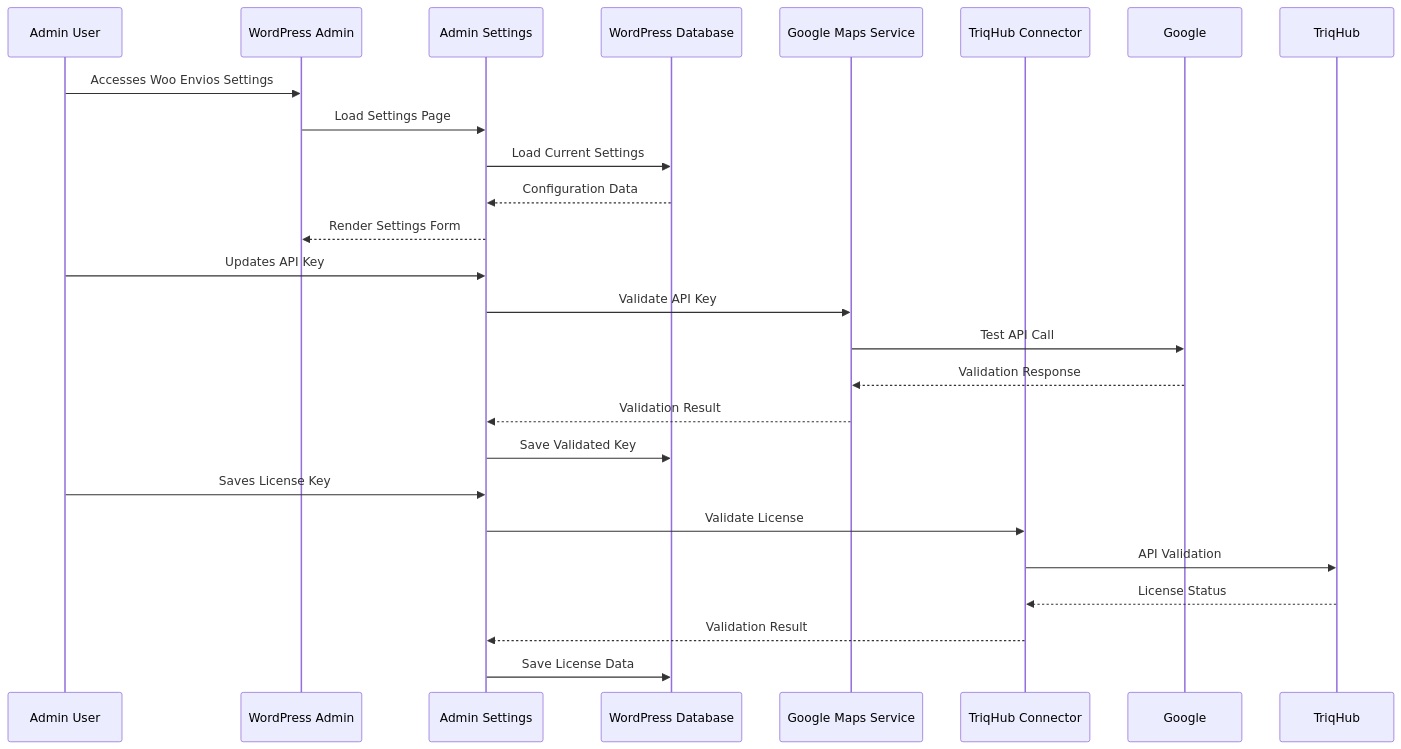
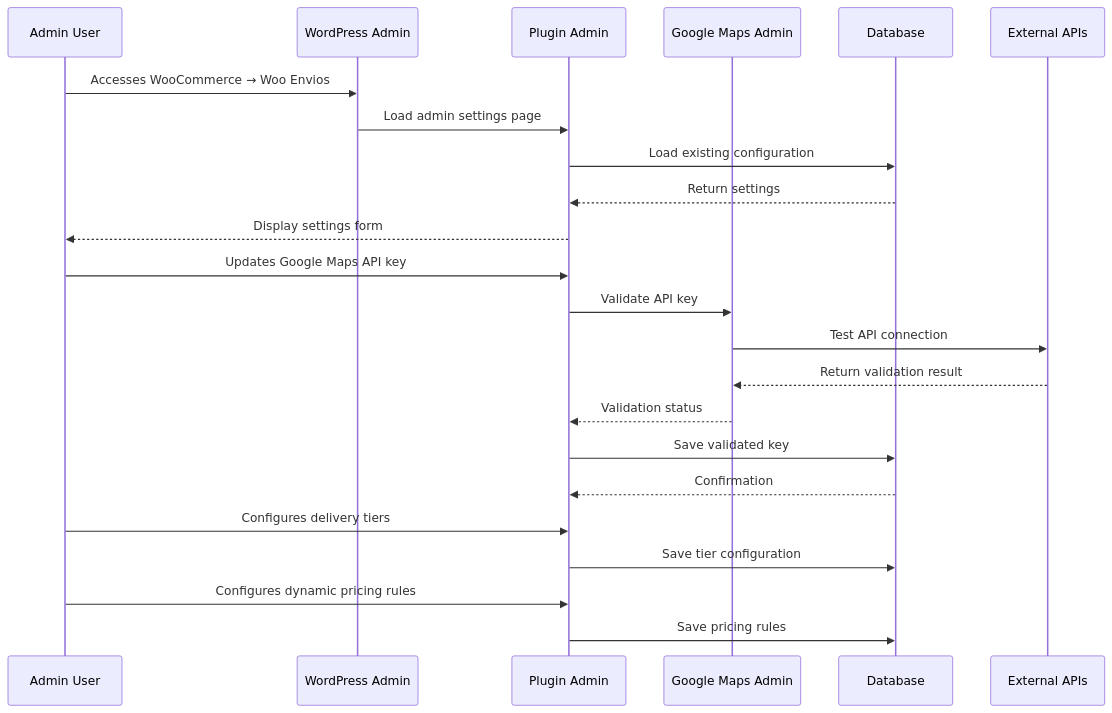
Before and after one commit to gustavofullstack/Woo_envios: the fourth of 5 diagrams in docs/ARCHITECTURE.md, drawn with Mermaid. The commit also changed other lines of this file and 5 other files, not shown here.

````diff
--- a/docs/ARCHITECTURE.md
+++ b/docs/ARCHITECTURE.md
@@ -307,29 +303,28 @@
 ```mermaid
 sequenceDiagram
     participant A as Admin User
     participant WP as WordPress Admin
-    participant AD as Admin Settings
-    participant DB as WordPress Database
-    participant GM as Google Maps Service
-    participant TC as TriqHub Connector
+    participant PL as Plugin Admin
+    participant GM as Google Maps Admin
+    participant DB as Database
+    participant API as External APIs
     
-    A->>WP: Accesses Woo Envios Settings
-    WP->>AD: Load Settings Page
-    AD->>DB: Load Current Settings
-    DB-->>AD: Configuration Data
-    AD-->>WP: Render Settings Form
+    A->>WP: Accesses WooCommerce → Woo Envios
+    WP->>PL: Load admin settings page
+    PL->>DB: Load existing configuration
+    DB-->>PL: Return settings
+    PL-->>A: Display settings form
     
-    A->>AD: Updates API Key
-    AD->>GM: Validate API Key
-    GM->>Google: Test API Call
-    Google-->>GM: Validation Response
-    GM-->>AD: Validation Result
-    AD->>DB: Save Validated Key
+    A->>PL: Updates Google Maps API key
+    PL->>GM: Validate API key
+    GM->>API: Test API connection
+    API-->>GM: Return validation result
+    GM-->>PL: Validation status
+    PL->>DB: Save validated key
+    DB-->>PL: Confirmation
     
-    A->>AD: Saves License Key
-    AD->>TC: Validate License
-    TC->>TriqHub: API Validation
-    TriqHub-->>TC: License Status
-    TC-->>AD: Validation Result
-    AD->>DB: Save License Data
+    A->>PL: Configures delivery tiers
+    PL->>DB: Save tier configuration
+    A->>PL: Configures dynamic pricing rules
+    PL->>DB: Save pricing rules
 ```
````
